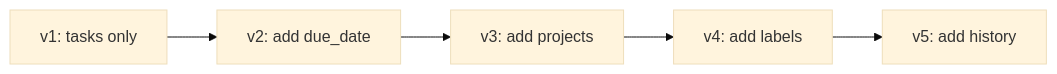
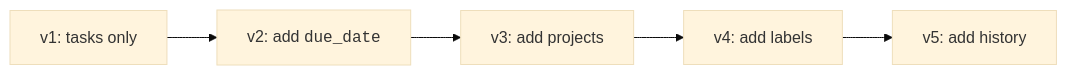
The second of 10 diagrams in content/learn/database-design-postgresql/why-schemas-change.mdx (dataslope/dataslope), drawn with Mermaid (base theme) before and after one commit. The commit also changed other lines of this file and 153 other files, not shown here.

First line of the commit message:
Render code-only mermaid shapes in monospace; convert step sequences to Steps

````diff
--- a/content/learn/database-design-postgresql/why-schemas-change.mdx
+++ b/content/learn/database-design-postgresql/why-schemas-change.mdx
@@ -31,7 +31,7 @@
 ```mermaid
 flowchart LR
-    V1["v1: tasks only"] --> V2["v2: add due_date"]
+    V1["v1: tasks only"] --> V2["v2: add <code>due_date</code>"]
     V2 --> V3["v3: add projects"]
     V3 --> V4["v4: add labels"]
     V4 --> V5["v5: add history"]
 ```
````
